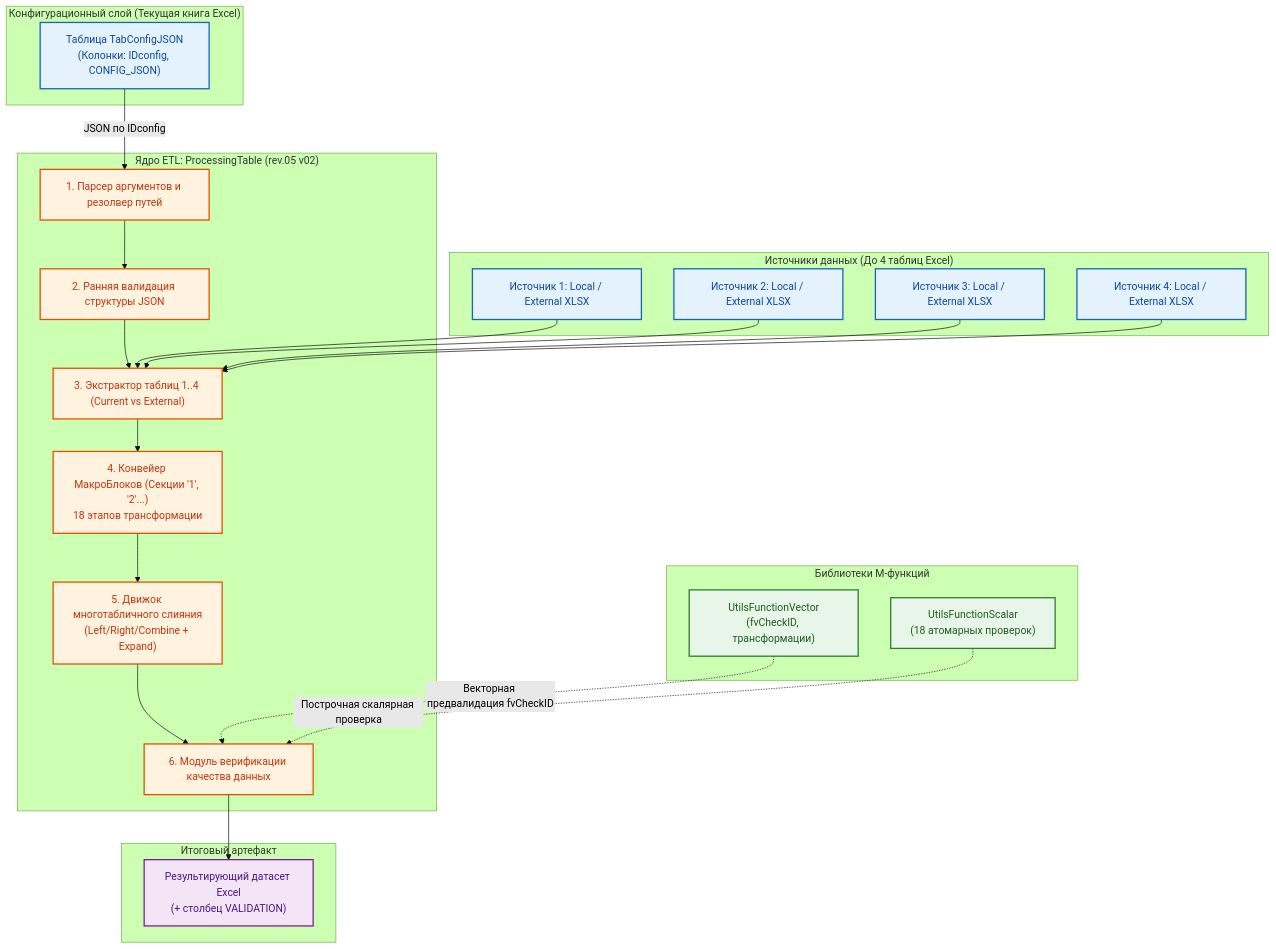
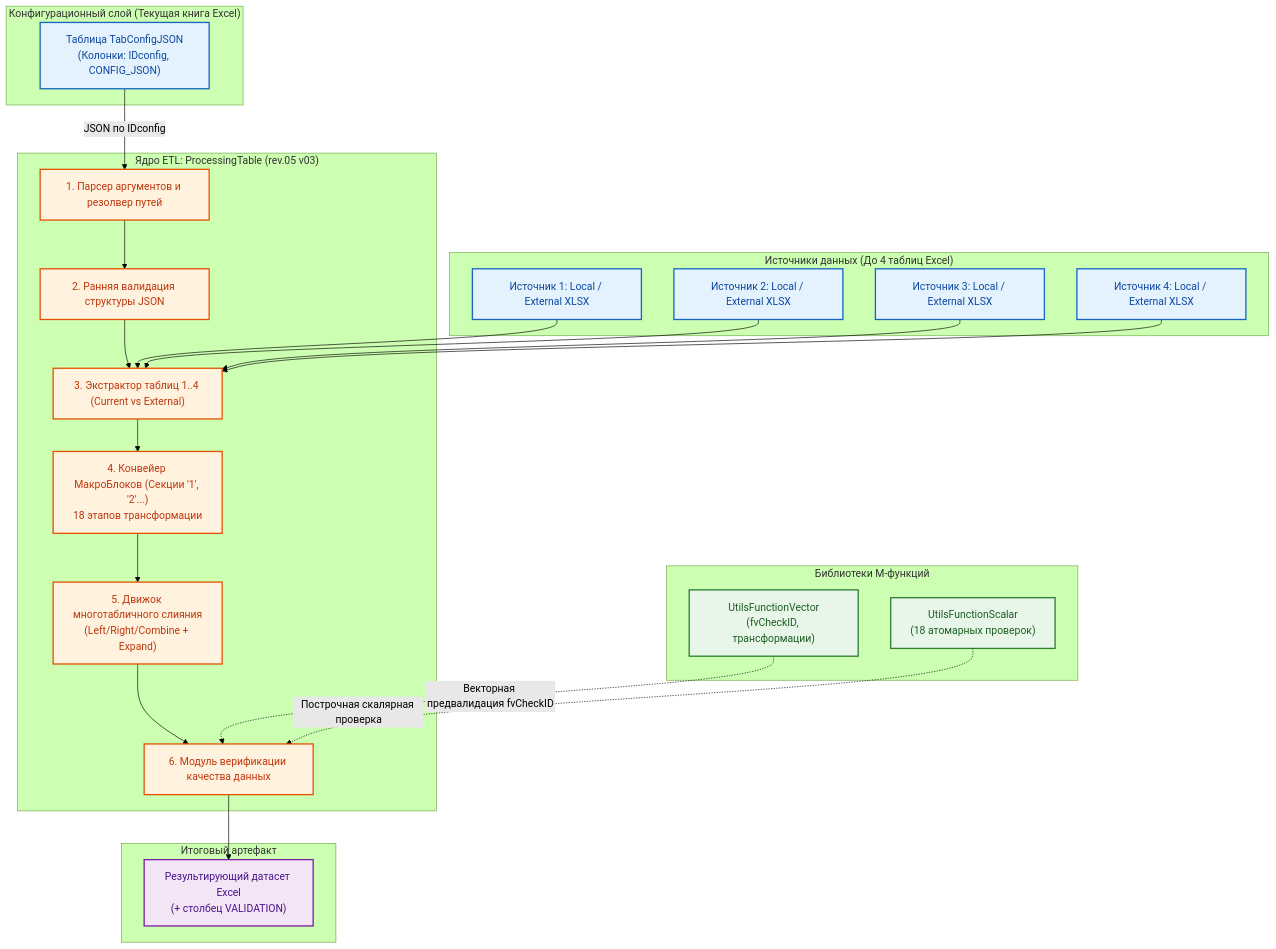
The first of 4 diagrams in 03__Проект/05__pq-script/01__general/03__ETL-processing/README-etl-processor.md (Konkery/Project-1_2026-N2-MAS), drawn with Mermaid (forest theme) before and after one commit. The commit also changed other lines of this file and 7 other files, not shown here.

````diff
--- a/03__Проект/05__pq-script/01__general/03__ETL-processing/README-etl-processor.md
+++ b/03__Проект/05__pq-script/01__general/03__ETL-processing/README-etl-processor.md
@@ -33,47 +33,47 @@
 ```mermaid
 flowchart TD
     classDef storage fill:#E3F2FD,stroke:#1565C0,stroke-width:2px,color:#0D47A1;
     classDef engine fill:#FFF3E0,stroke:#E65100,stroke-width:2px,color:#BF360C;
     classDef lib fill:#E8F5E9,stroke:#2E7D32,stroke-width:2px,color:#1B5E20;
     classDef output fill:#F3E5F5,stroke:#7B1FA2,stroke-width:2px,color:#4A148C;
 
     subgraph ConfigStorage ["Конфигурационный слой (Текущая книга Excel)"]
         TabConfig["Таблица TabConfigJSON<br/>(Колонки: IDconfig, CONFIG_JSON)"]:::storage
     end
 
-    subgraph ProcessorCore ["Ядро ETL: ProcessingTable (rev.05 v02)"]
+    subgraph ProcessorCore ["Ядро ETL: ProcessingTable (rev.05 v03)"]
         ArgResolver["1. Парсер аргументов и резолвер путей"]:::engine
         ConfigValidator["2. Ранняя валидация структуры JSON"]:::engine
         TableLoader["3. Экстрактор таблиц 1..4 (Current vs External)"]:::engine
         MacroEngine["4. Конвейер МакроБлоков (Секции '1', '2'...)<br/>18 этапов трансформации"]:::engine
         JoinEngine["5. Движок многотабличного слияния<br/>(Left/Right/Combine + Expand)"]:::engine
         ValidationEngine["6. Модуль верификации качества данных"]:::engine
     end
 
     subgraph DataSources ["Источники данных (До 4 таблиц Excel)"]
         Src1["Источник 1: Local / External XLSX"]:::storage
         Src2["Источник 2: Local / External XLSX"]:::storage
         Src3["Источник 3: Local / External XLSX"]:::storage
         Src4["Источник 4: Local / External XLSX"]:::storage
     end
 
     subgraph Libraries ["Библиотеки M-функций"]
         ScalarLib["UtilsFunctionScalar<br/>(18 атомарных проверок)"]:::lib
         VectorLib["UtilsFunctionVector<br/>(fvCheckID, трансформации)"]:::lib
     end
 
     subgraph TargetOutput ["Итоговый артефакт"]
         ResultTable["Результирующий датасет Excel<br/>(+ столбец VALIDATION)"]:::output
     end
 
     TabConfig -->|JSON по IDconfig| ArgResolver
     ArgResolver --> ConfigValidator
     ConfigValidator --> TableLoader
     Src1 & Src2 & Src3 & Src4 --> TableLoader
     TableLoader --> MacroEngine
     MacroEngine --> JoinEngine
     JoinEngine --> ValidationEngine
     VectorLib -.->|Векторная предвалидация fvCheckID| ValidationEngine
     ScalarLib -.->|Построчная скалярная проверка| ValidationEngine
     ValidationEngine --> ResultTable
 ```
````
